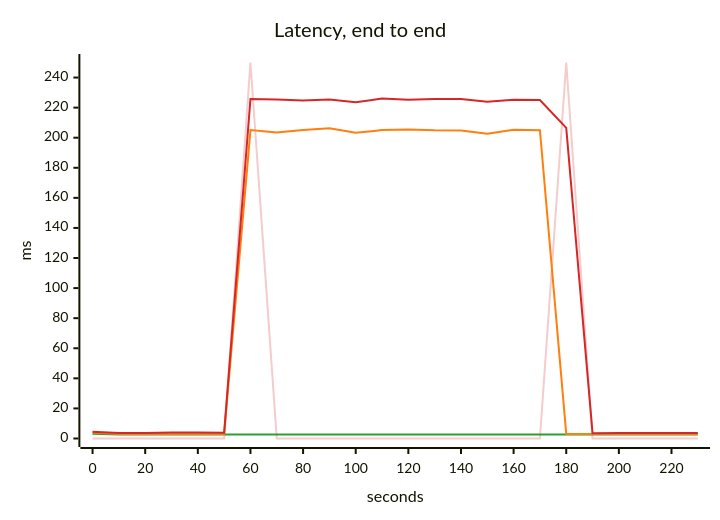
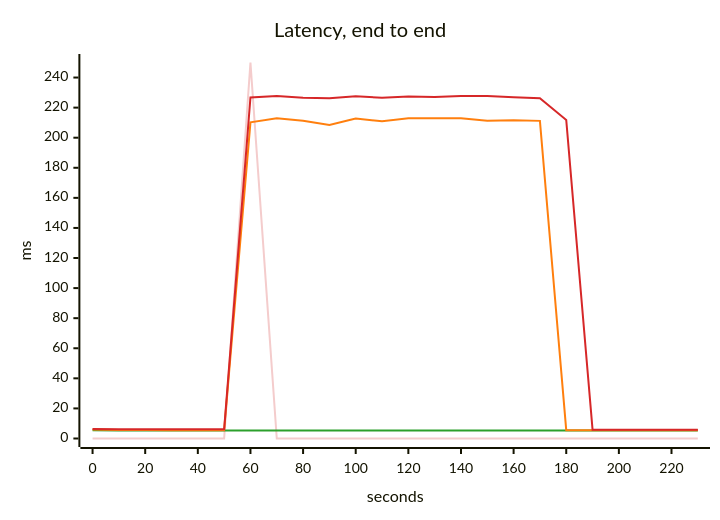
The third of 5 diagrams in scenarios/flaky-network/solutions/timeout-for-the-tail/report.md (akinfemi/load-lore), drawn with Mermaid before and after one commit. The commit also changed other lines of this file and 71 other files, not shown here.

````diff
--- a/scenarios/flaky-network/solutions/timeout-for-the-tail/report.md
+++ b/scenarios/flaky-network/solutions/timeout-for-the-tail/report.md
@@ -55,17 +55,17 @@
 ```mermaid
 ---
 config:
   themeVariables:
     xyChart:
       backgroundColor: "transparent"
       plotColorPalette: "#f4cccc, #2ca02c, #ff7f0e, #d62728"
 ---
 xychart-beta
     title "Latency, end to end"
     x-axis "seconds" 0 --> 230
     y-axis "ms" 0 --> 250
-    line [0, 0, 0, 0, 0, 0, 250, 0, 0, 0, 0, 0, 0, 0, 0, 0, 0, 0, 250, 0, 0, 0, 0, 0]
-    line [3.123, 2.69, 2.673, 2.662, 2.663, 2.662, 2.681, 2.682, 2.683, 2.684, 2.681, 2.681, 2.684, 2.685, 2.683, 2.681, 2.683, 2.685, 2.668, 2.664, 2.663, 2.662, 2.663, 2.664]
-    line [4.013, 3.01, 2.985, 2.95, 2.957, 2.957, 205.093, 203.478, 205.183, 206.213, 203.231, 205.061, 205.52, 204.909, 204.71, 202.598, 205.352, 204.972, 3.045, 2.963, 2.961, 2.963, 2.97, 2.97]
-    line [4.531, 3.645, 3.622, 4.044, 4.054, 3.858, 225.698, 225.443, 224.771, 225.448, 223.574, 225.987, 225.223, 225.759, 225.739, 223.931, 225.196, 225.055, 206.535, 3.568, 3.699, 3.711, 3.698, 3.684]
+    line [0, 0, 0, 0, 0, 0, 250, 0, 0, 0, 0, 0, 0, 0, 0, 0, 0, 0, 0, 0, 0, 0, 0, 0]
+    line [5.412, 5.312, 5.307, 5.303, 5.304, 5.305, 5.322, 5.324, 5.323, 5.324, 5.326, 5.319, 5.325, 5.323, 5.323, 5.322, 5.321, 5.32, 5.304, 5.299, 5.297, 5.298, 5.298, 5.298]
+    line [5.977, 5.698, 5.579, 5.522, 5.522, 5.523, 210.199, 212.887, 211.214, 208.526, 212.79, 210.895, 212.896, 212.896, 212.867, 211.299, 211.523, 211.188, 5.549, 5.514, 5.512, 5.514, 5.515, 5.515]
+    line [6.37, 6.105, 6.202, 6.124, 6.069, 6.095, 226.775, 227.757, 226.563, 226.304, 227.53, 226.518, 227.434, 227.014, 227.765, 227.741, 226.939, 226.243, 211.844, 5.865, 5.848, 5.855, 5.877, 5.88]
 ```
````
